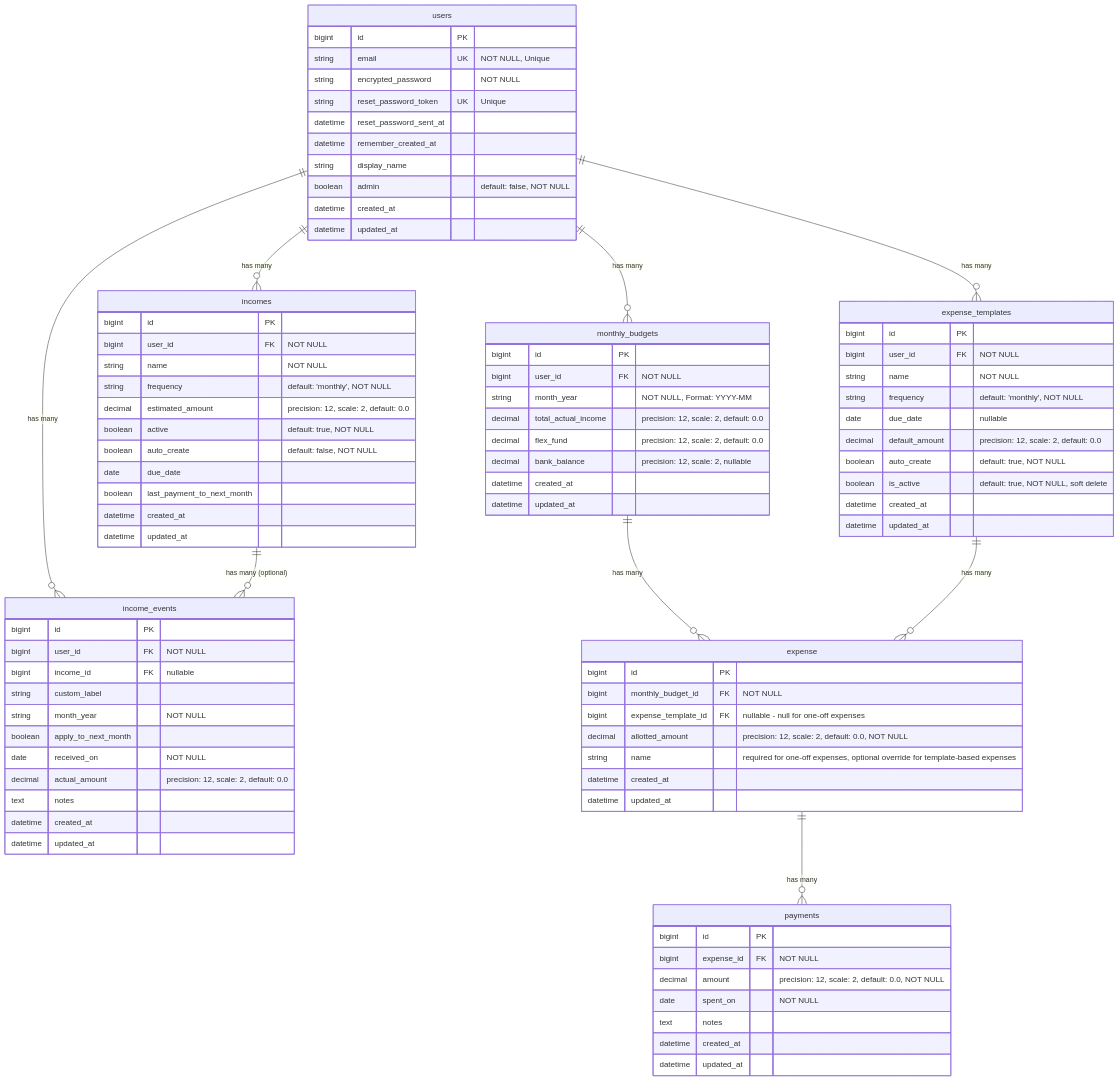
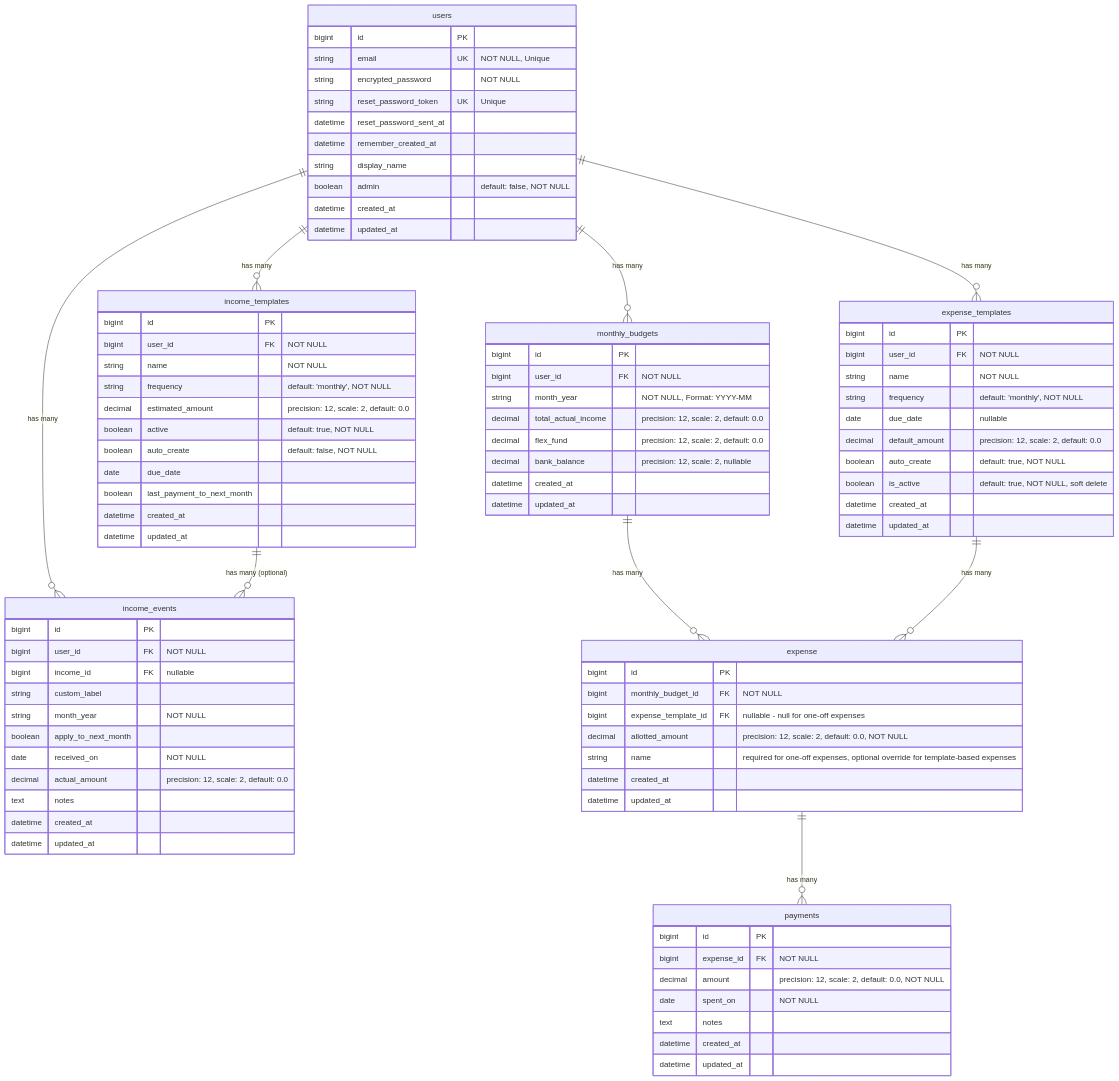
Before and after one commit to hedleydonna/coincritters: the diagram in docs/other/er_diagram.md, drawn with Mermaid. The commit also changed other lines of this file and 44 other files, not shown here.

Commit message:
renamed incomes to income_templates

```diff
--- a/docs/other/er_diagram.md
+++ b/docs/other/er_diagram.md
@@ -19,7 +19,7 @@
         datetime updated_at
     }
 
-    incomes {
+    income_templates {
         bigint id PK
         bigint user_id FK "NOT NULL"
         string name "NOT NULL"
@@ -92,12 +92,12 @@
     }
 
     %% Relationships
-    users ||--o{ incomes : "has many"
+    users ||--o{ income_templates : "has many"
     users ||--o{ income_events : "has many"
     users ||--o{ monthly_budgets : "has many"
     users ||--o{ expense_templates : "has many"
 
-    incomes ||--o{ income_events : "has many (optional)"
+    income_templates ||--o{ income_events : "has many (optional)"
     
     monthly_budgets ||--o{ expense : "has many"
     
```
